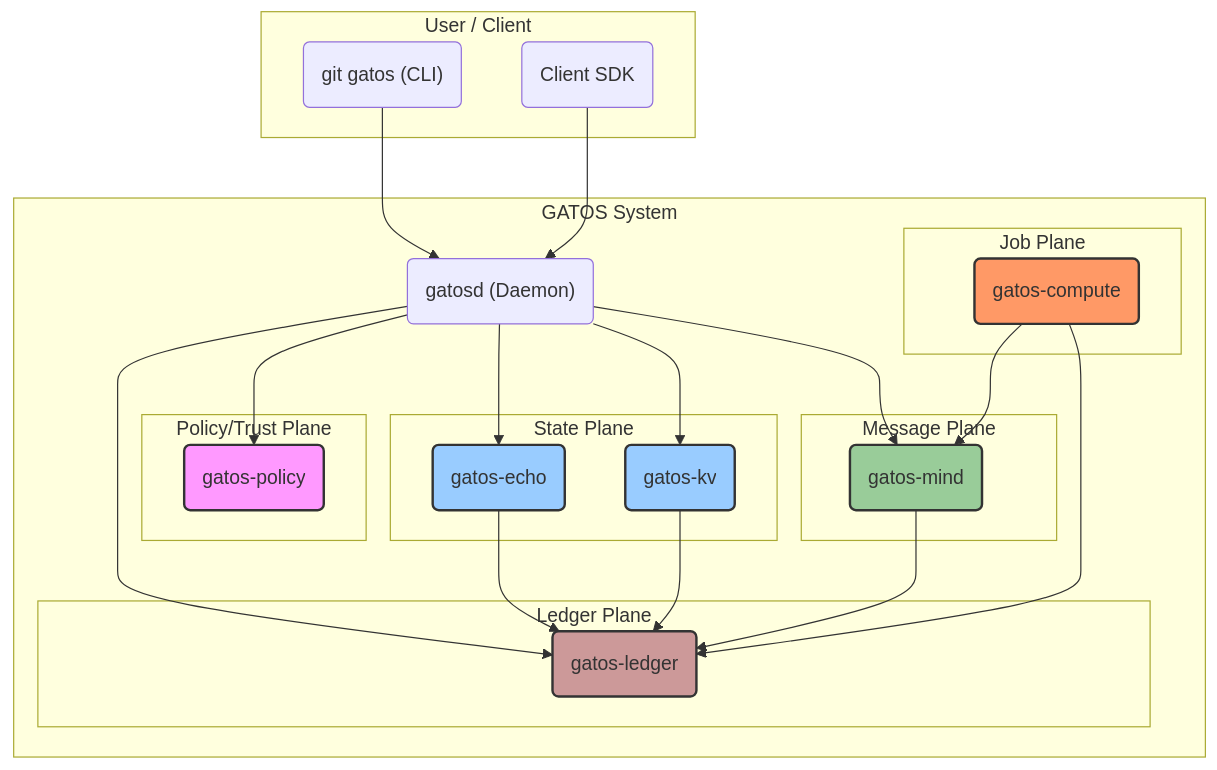
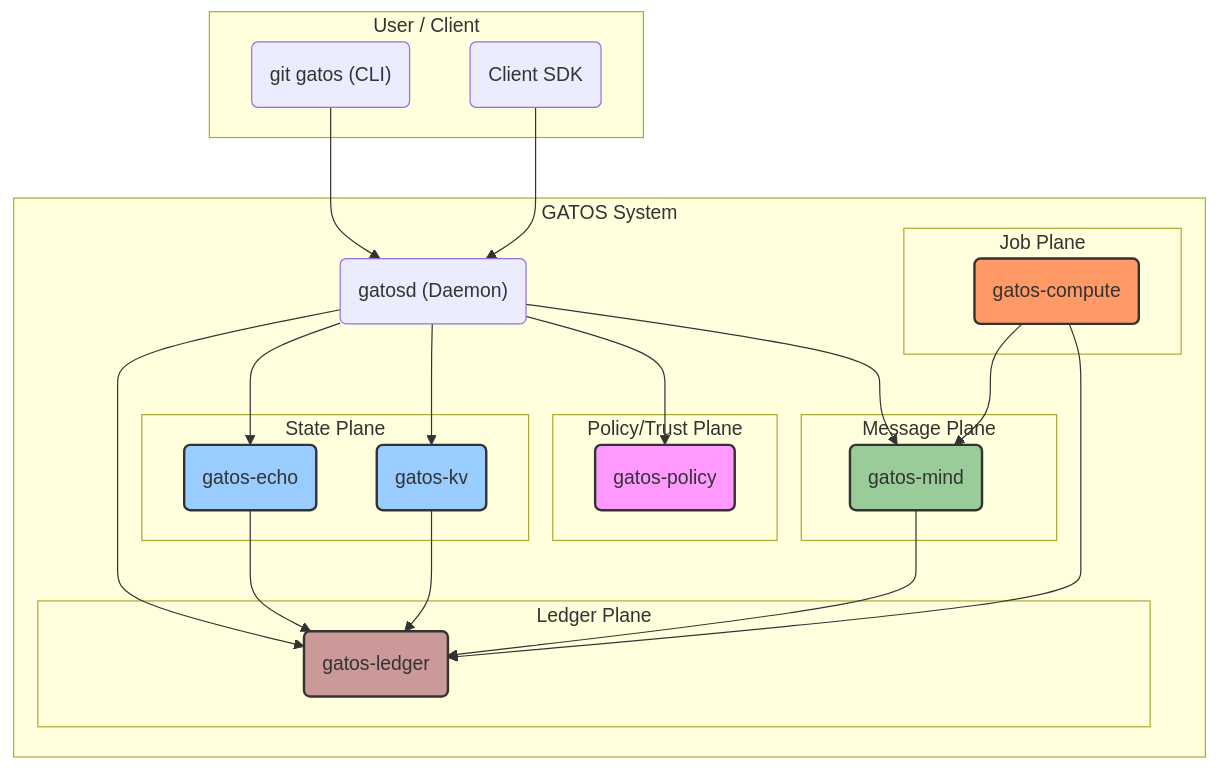
The diagram in docs/guide/CHAPTER-001.md (flyingrobots/gatos), drawn with Mermaid before and after one commit. The commit also changed other lines of this file and 1 other file, not shown here.

Commit message:
docs(book): use Policy/Trust Plane naming and unify subgraph ordering in book diagrams

````diff
--- a/docs/guide/CHAPTER-001.md
+++ b/docs/guide/CHAPTER-001.md
@@ -12,54 +12,54 @@
 ```mermaid
 graph TD
     subgraph "User / Client"
         CLI("git gatos (CLI)")
         SDK("Client SDK")
     end
 
     subgraph "GATOS System"
         Daemon("gatosd (Daemon)")
 
         subgraph "Ledger Plane"
             Ledger("gatos-ledger");
         end
 
+        subgraph "Policy/Trust Plane"
+            Policy("gatos-policy");
+        end
+
         subgraph "State Plane"
             Echo("gatos-echo");
             KV("gatos-kv");
-        end
-
-        subgraph "Policy/Trust Plane"
-            Policy("gatos-policy");
         end
 
         subgraph "Message Plane"
             Mind("gatos-mind");
         end
 
         subgraph "Job Plane"
             Compute("gatos-compute");
         end
 
         Daemon --> Policy;
         Daemon --> Echo;
         Daemon --> KV;
         Daemon --> Mind;
         Daemon --> Ledger;
 
         Echo --> Ledger;
         KV --> Ledger;
         Mind --> Ledger;
         Compute --> Mind;
         Compute --> Ledger;
     end
 
     CLI --> Daemon;
     SDK --> Daemon;
 
     style Policy fill:#f9f,stroke:#333,stroke-width:2px
     style Echo fill:#9cf,stroke:#333,stroke-width:2px
     style KV fill:#9cf,stroke:#333,stroke-width:2px
     style Mind fill:#9c9,stroke:#333,stroke-width:2px
     style Ledger fill:#c99,stroke:#333,stroke-width:2px
     style Compute fill:#f96,stroke:#333,stroke-width:2px
 ```
````
